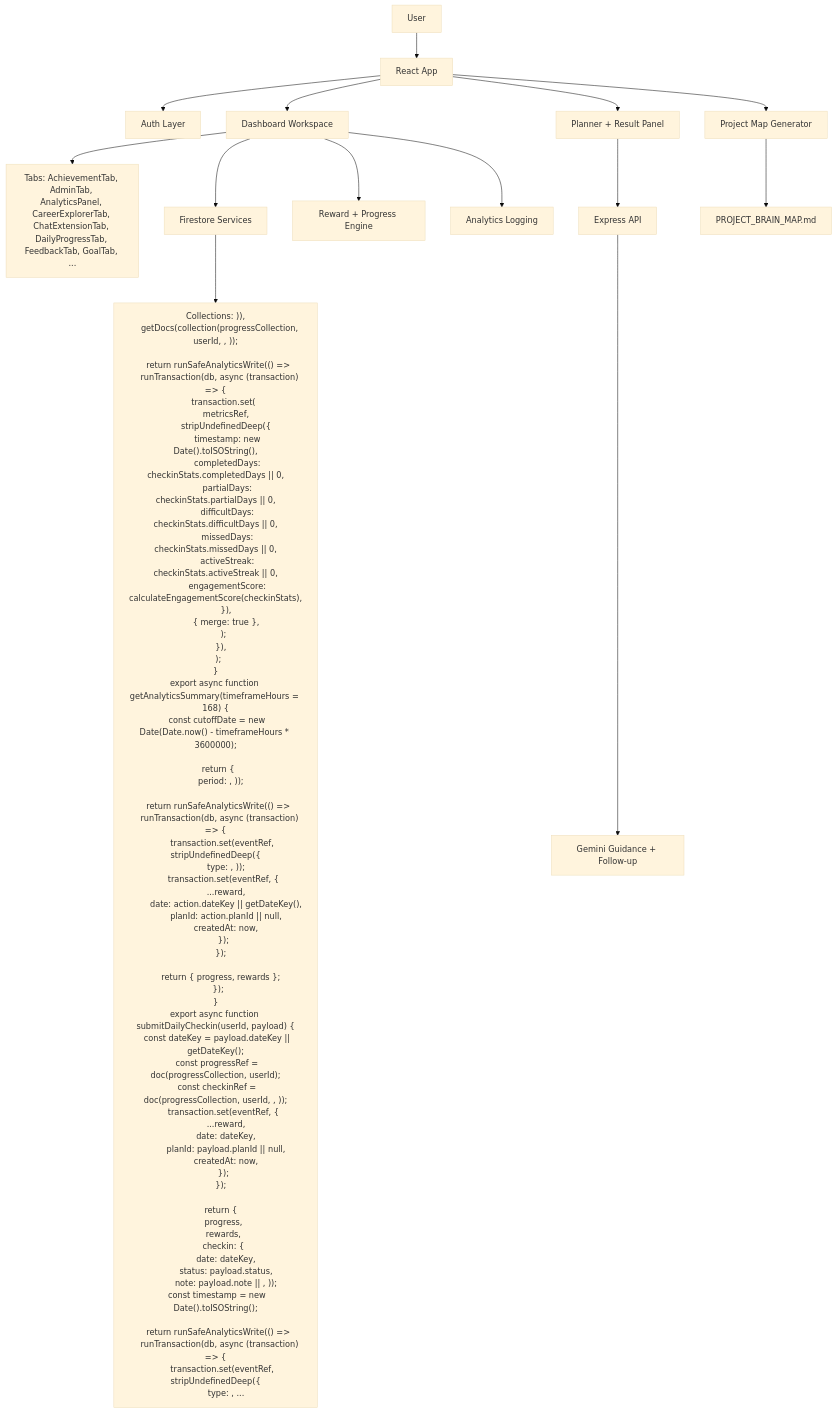
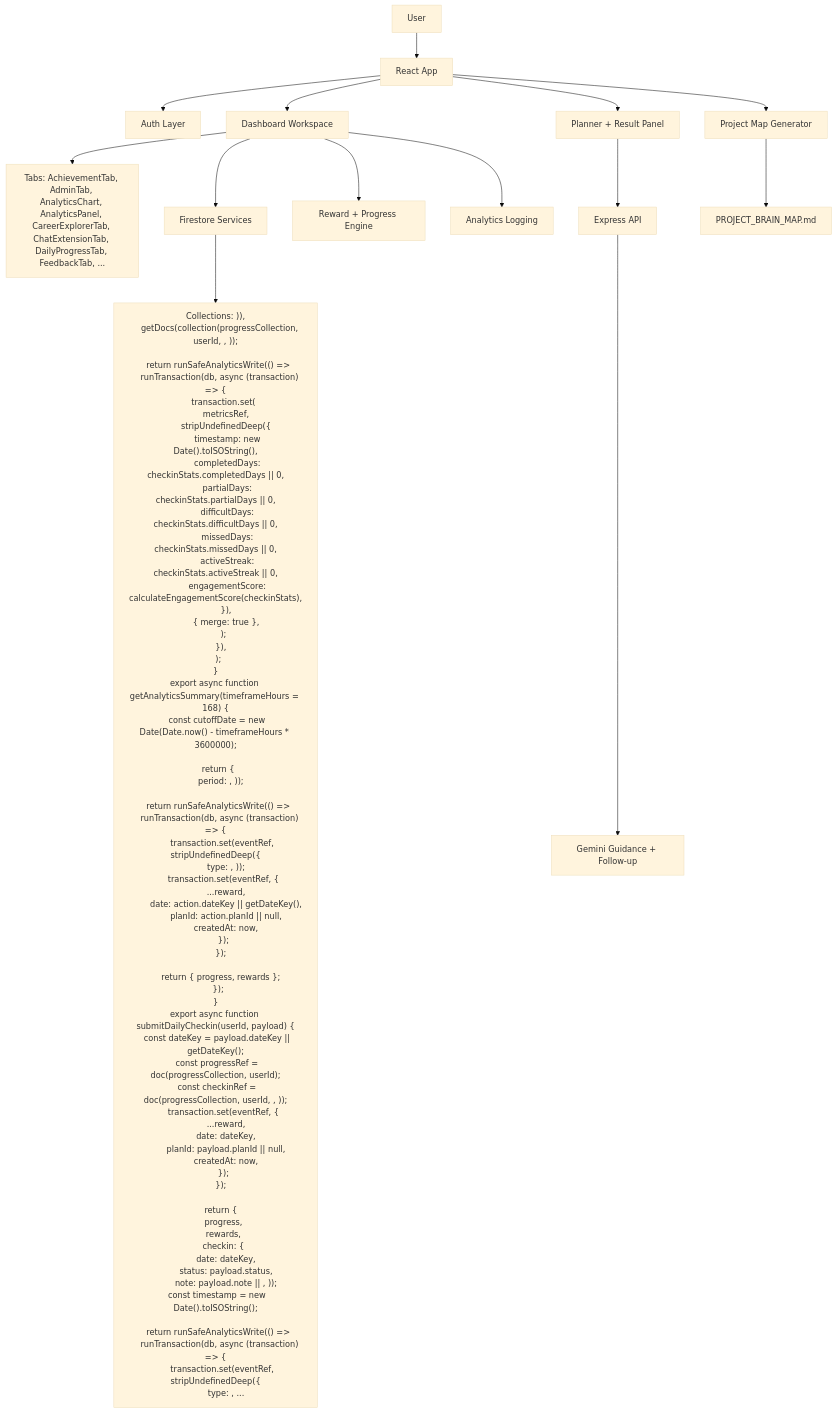
Before and after one commit to bekartikk/life-guidance-pro: the diagram in public/PROJECT_BRAIN_MAP.md, drawn with Mermaid (base theme). The commit also changed other lines of this file and 20 other files, not shown here.

```diff
--- a/public/PROJECT_BRAIN_MAP.md
+++ b/public/PROJECT_BRAIN_MAP.md
@@ -18,7 +18,7 @@
   B --> C["Auth Layer"]
   B --> D["Dashboard Workspace"]
   B --> E["Planner + Result Panel"]
-  D --> F["Tabs: AchievementTab, AdminTab, AnalyticsPanel, CareerExplorerTab, ChatExtensionTab, DailyProgressTab, FeedbackTab, GoalTab, ..."]
+  D --> F["Tabs: AchievementTab, AdminTab, AnalyticsChart, AnalyticsPanel, CareerExplorerTab, ChatExtensionTab, DailyProgressTab, FeedbackTab, ..."]
   E --> G["Express API"]
   G --> H["Gemini Guidance + Follow-up"]
   D --> I["Firestore Services"]
```
